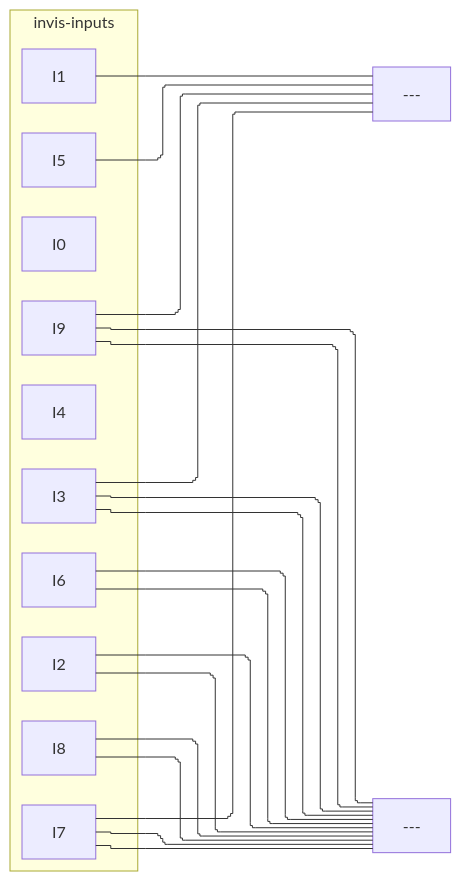
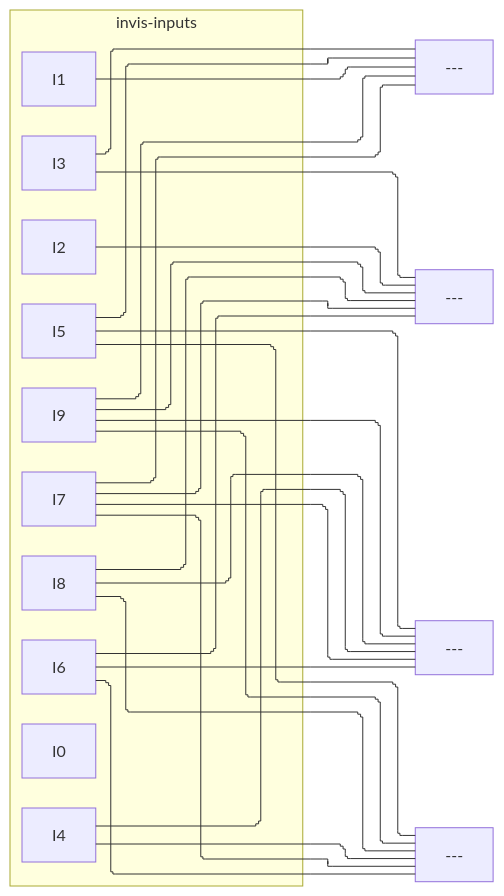
The third of 3 diagrams in CSDS 281 - Logic Design/HW/7/tables.md (tnichols217/notes), drawn with Mermaid before and after one commit. The commit also changed other lines of this file, not shown here.

Commit message:
vault backup: 2024-03-27 11:46:14

````diff
--- a/CSDS 281 - Logic Design/HW/7/tables.md
+++ b/CSDS 281 - Logic Design/HW/7/tables.md
@@ -111,22 +111,23 @@
 ```mermaid
 %%{ init: { 'flowchart': { 'curve': 'stepBefore', "defaultRenderer": "elk" } } }%%
 flowchart LR
 subgraph invis-inputs
 I0
 I1
 I2
 I3
 I4
 I5
 I6
 I7
 I8
 I9
 end
 
-I1 & I3 & I5 & I7 & I9 --- or4[---]
-I2 & I3 & I6 & I7 & I8 & I9 --- or2[---]
-I2 & I3 & I6 & I7 & I8 & I9 --- or2[---]
+I1 & I3 & I5 & I7 & I9 --- or0[---]
+I2 & I3 & I6 & I7 & I8 & I9 --- or1[---]
+I4 & I5 & I6 & I7 & I8 & I9 --- or2[---]
+I4 & I5 & I6 & I7 & I8 & I9 --- or3[---]
 
 
 ```
````
